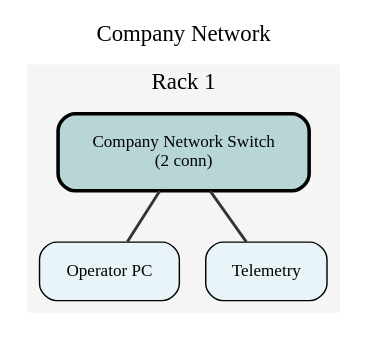
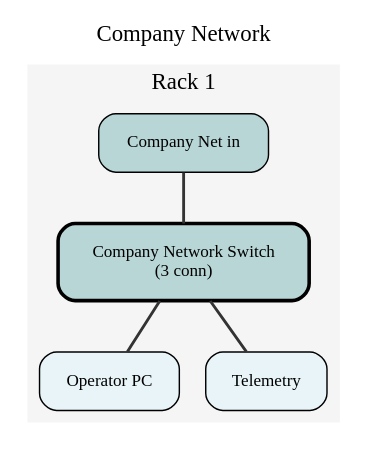
Before and after one commit to BenjiPestell/rack-diagram-demo: the diagram in output/company_network.dot, drawn with Graphviz. The commit also changed 1 other file, not shown here.

Commit message:
Add Company Net in

```diff
--- a/output/company_network.dot
+++ b/output/company_network.dot
@@ -1,58 +1,65 @@
 graph "Company Network" {
 
   graph [
     bgcolor="white",
     label="Company Network",
     labelloc=t,
     fontsize=16,
     fontname="Sinkin Sans 400 Regular",
     overlap=false,
     sep=0.5
   ];
 
   node [
     shape=box,
     style="rounded,filled",
     fontsize=12,
     fontname="Sinkin Sans 400 Regular",
     margin=0.2
   ];
 
   edge [
     color="#333333",
     style=solid,
     penwidth=2.0
   ];
 
   // Devices grouped by rack
 
   subgraph cluster_rack1 {
     label="Rack 1";
     style=filled;
     color="#F5F5F5";
     fontname="Sinkin Sans 400 Regular";
 
     "Company_Network_Switch" [
-      label="Company Network Switch\n(2 conn)",
+      label="Company Network Switch\n(3 conn)",
       fillcolor="#B8D6D6",
       penwidth=2.5
+    ];
+    "Company_Net_in" [
+      label="Company Net in",
+      fillcolor="#B8D6D6"
     ];
     "Operator_PC" [
       label="Operator PC",
       fillcolor="#E8F4F8"
     ];
     "Telemetry" [
       label="Telemetry",
       fillcolor="#E8F4F8"
     ];
   }
 
   // Connections
   Company_Network_Switch -- Operator_PC [
     color="#333333", style=solid, penwidth=2.0
   ];
   Company_Network_Switch -- Telemetry [
     color="#333333", style=solid, penwidth=2.0
   ];
+  Company_Net_in -- Company_Network_Switch [
+    color="#333333", style=solid, penwidth=2.0
+  ];
 
 }
```
